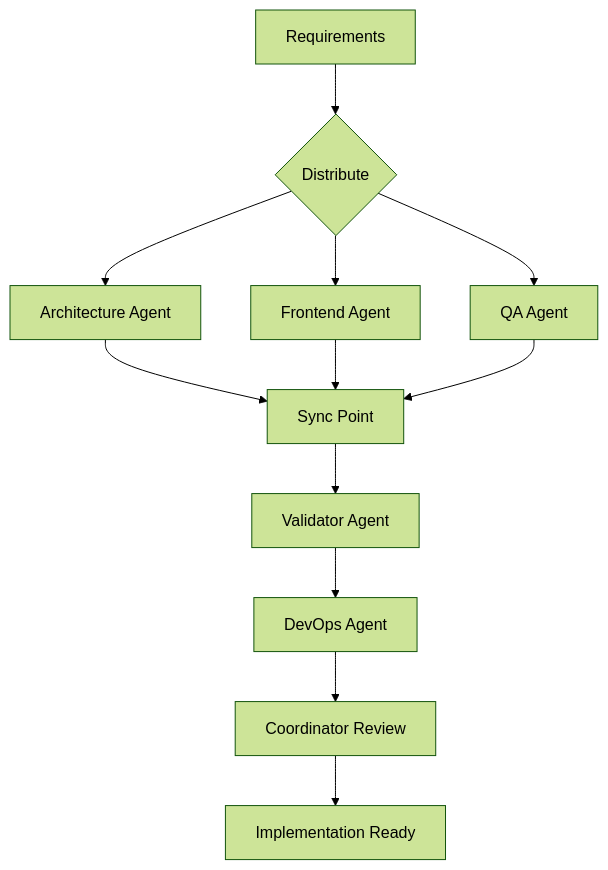
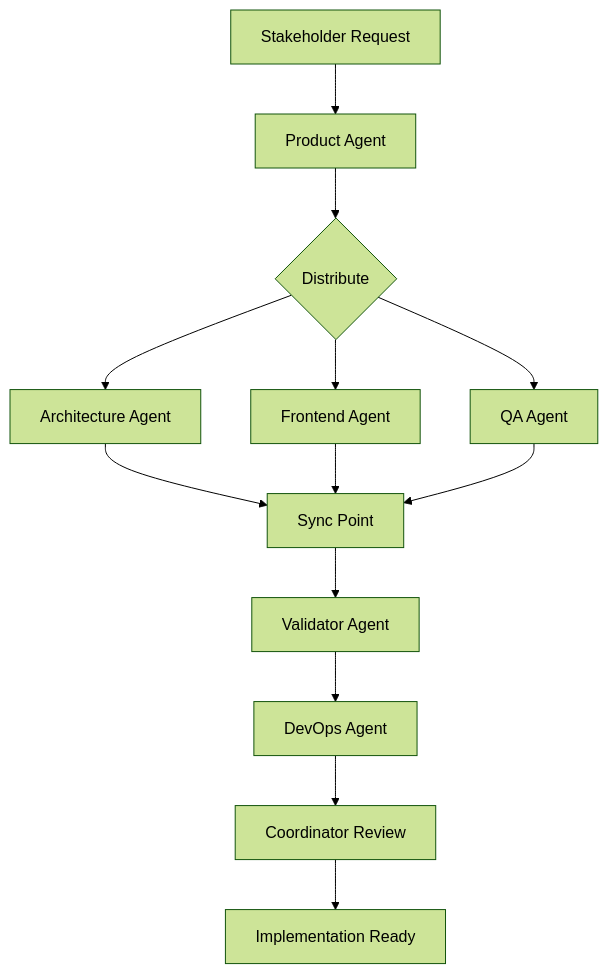
Before and after one commit to kevinarauz/proyecto-react: the second of 3 diagrams in .claude/agents/workflows.md, drawn with Mermaid (forest theme). The commit also changed other lines of this file and 3 other files, not shown here.

````diff
--- a/.claude/agents/workflows.md
+++ b/.claude/agents/workflows.md
@@ -35,17 +37,18 @@
 ```mermaid
 graph TD
-    START[Requirements] --> SPLIT{Distribute}
+    START[Stakeholder Request] --> PRODUCT[Product Agent]
+    PRODUCT --> SPLIT{Distribute}
     
     SPLIT --> ARQ[Architecture Agent]
     SPLIT --> FRONT[Frontend Agent]
     SPLIT --> QA[QA Agent]
     
     ARQ --> SYNC[Sync Point]
     FRONT --> SYNC
     QA --> SYNC
     
     SYNC --> VAL[Validator Agent]
     VAL --> DEVOPS[DevOps Agent]
     DEVOPS --> COORD[Coordinator Review]
     COORD --> IMPL[Implementation Ready]
 ```
````
